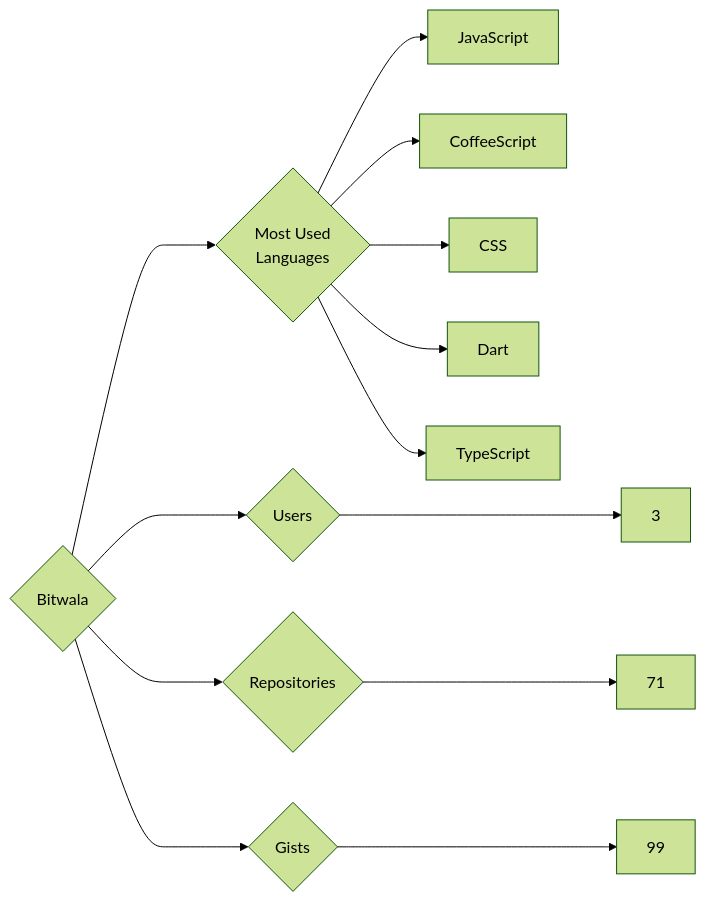
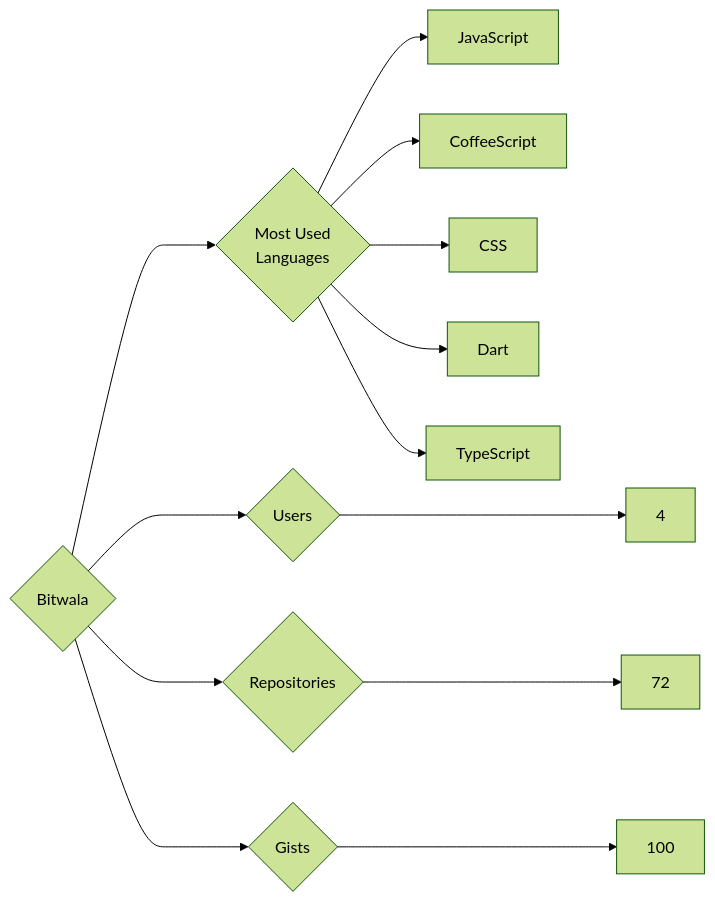
One commit to trickest/insiders changed the diagram in targets/Bitwala/README.md. Above: the diagram before and after it, drawn with Mermaid (forest theme). The commit also changed 749 other files, not shown here.

````diff
--- a/targets/Bitwala/README.md
+++ b/targets/Bitwala/README.md
@@ -3,13 +3,13 @@
 ```mermaid
 graph LR
 COMPANY_NAME{Bitwala}
-COMPANY_NAME ---> U{Users} ---> UN[3]
-COMPANY_NAME ---> R{Repositories} ---> RN[71]
-COMPANY_NAME ---> G{Gists} ---> GN[99]
+COMPANY_NAME ---> U{Users} ---> UN[4]
+COMPANY_NAME ---> R{Repositories} ---> RN[72]
+COMPANY_NAME ---> G{Gists} ---> GN[100]
 COMPANY_NAME ---> ML{Most Used<br>Languages}
 ML --> JavaScript[JavaScript]
 ML --> CoffeeScript[CoffeeScript]
 ML --> CSS[CSS]
 ML --> Dart[Dart]
 ML --> TypeScript[TypeScript]
 ```
````
